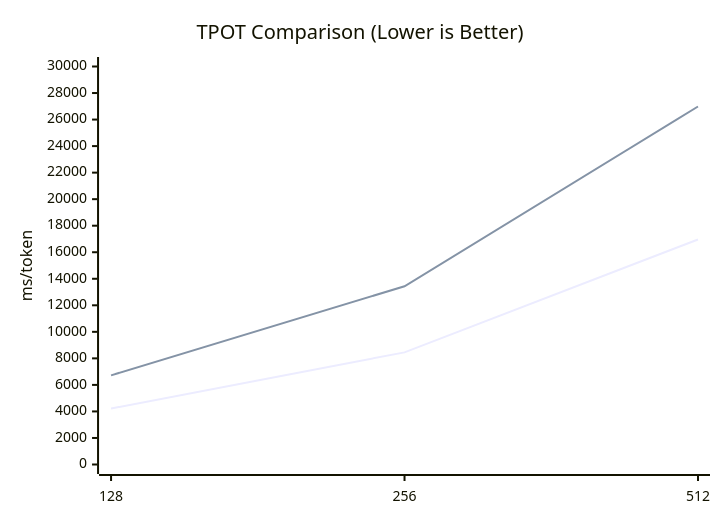
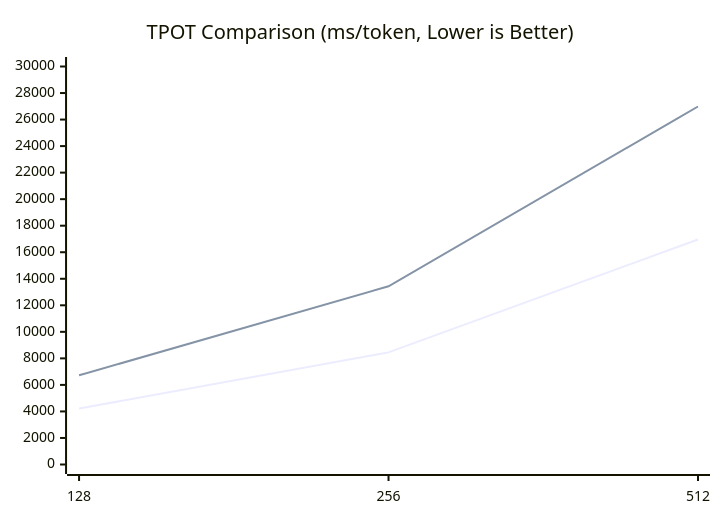
The diagram in README.zh-CN.md (lucienhuangfu/eLLM), drawn with Mermaid before and after one commit. The commit also changed other lines of this file, not shown here.

````diff
--- a/README.zh-CN.md
+++ b/README.zh-CN.md
@@ -100,8 +100,8 @@
 ```mermaid
 xychart-beta
-    title "TPOT Comparison (Lower is Better)"
-    x-axis ["128", "256", "512"]
-    y-axis "ms/token" 0 --> 30000
+    title "TPOT Comparison (ms/token, Lower is Better)"
+    x-axis [128, 256, 512]
+    y-axis 0 --> 30000
     line "eLLM (CPU end)" [4217, 8452, 16962]
     line "vLLM (CPU baseline)" [6721, 13433, 26985]
 ```
````
